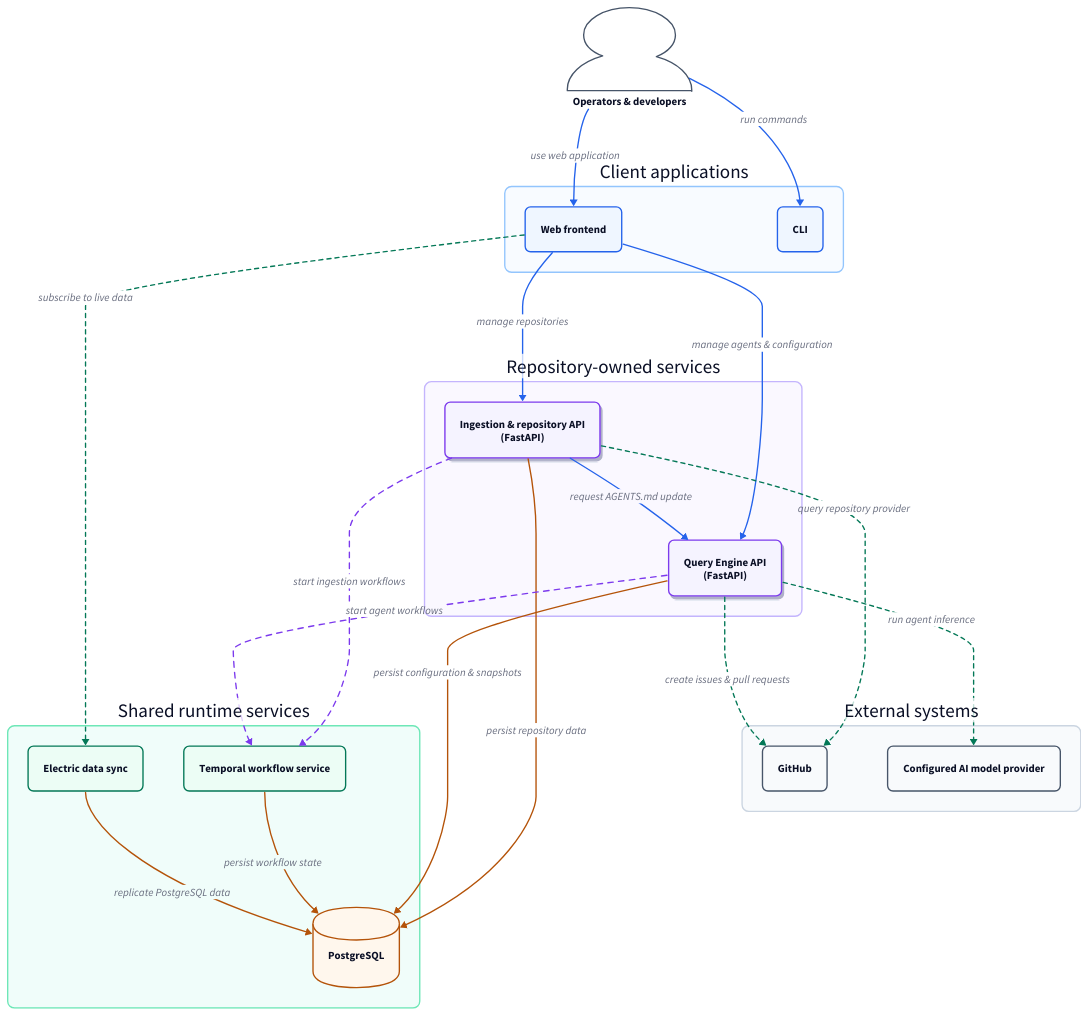
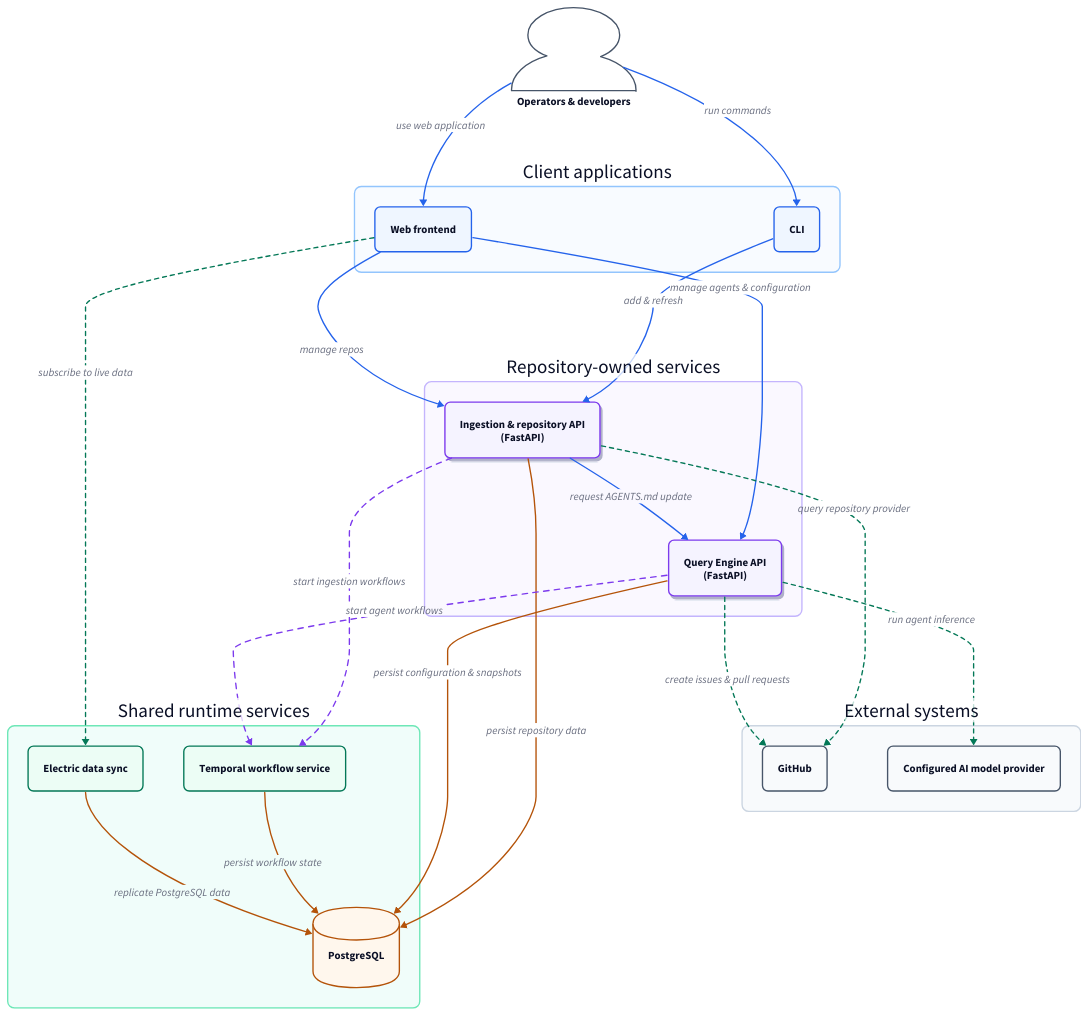
Before and after one commit to unoplat/unoplat-code-confluence: the diagram in architecture.d2, drawn with D2. The commit also changed 14 other files, not shown here.

```diff
--- a/architecture.d2
+++ b/architecture.d2
@@ -1,147 +1,148 @@
 # Container view: how operators use Code Confluence services to ingest repositories
 # and run repository agents. Shared libraries and documentation are omitted because
 # the available evidence does not establish them as independent runtime containers.
 direction: down
 
 classes: {
   client: {
     style: {
       fill: "#EFF6FF"
       stroke: "#2563EB"
       stroke-width: 2
       border-radius: 8
     }
   }
   service: {
     style: {
       fill: "#F5F3FF"
       stroke: "#7C3AED"
       stroke-width: 2
       border-radius: 8
       shadow: true
     }
   }
   datastore: {
     shape: cylinder
     style: {
       fill: "#FFF7ED"
       stroke: "#B45309"
       stroke-width: 2
     }
   }
   platform: {
     style: {
       fill: "#ECFDF5"
       stroke: "#047857"
       stroke-width: 2
       border-radius: 8
     }
   }
   external: {
     style: {
       fill: "#F8FAFC"
       stroke: "#475569"
       stroke-width: 2
       border-radius: 8
     }
   }
   request: {
     style: {
       stroke: "#2563EB"
       stroke-width: 2
     }
   }
   workflow: {
     style: {
       stroke: "#7C3AED"
       stroke-width: 2
       stroke-dash: 4
     }
   }
   data: {
     style: {
       stroke: "#B45309"
       stroke-width: 2
     }
   }
   integration: {
     style: {
       stroke: "#047857"
       stroke-width: 2
       stroke-dash: 3
     }
   }
 }
 
 operators: Operators & developers {
   shape: person
   style: {
     fill: "#FFFFFF"
     stroke: "#475569"
     stroke-width: 2
   }
 }
 
 clients: Client applications {
   style: {
     fill: "#F8FBFF"
     stroke: "#93C5FD"
     stroke-width: 2
     border-radius: 10
   }
   web_frontend: Web frontend {class: client}
   cli: CLI {class: client}
 }
 
 services: Repository-owned services {
   style: {
     fill: "#FAF8FF"
     stroke: "#C4B5FD"
     stroke-width: 2
     border-radius: 10
   }
   flow_bridge: Ingestion & repository API\n(FastAPI) {class: service}
   query_engine: Query Engine API\n(FastAPI) {class: service}
 }
 
 platform: Shared runtime services {
   style: {
     fill: "#F0FDFA"
     stroke: "#6EE7B7"
     stroke-width: 2
     border-radius: 10
   }
   temporal: Temporal workflow service {class: platform}
   postgres: PostgreSQL {class: datastore}
   electric: Electric data sync {class: platform}
 }
 
 external_systems: External systems {
   style: {
     fill: "#F8FAFC"
     stroke: "#CBD5E1"
     stroke-width: 2
     border-radius: 10
   }
   github: GitHub {class: external}
   model_provider: Configured AI model provider {class: external}
 }
 
 operators -> clients.web_frontend: use web application {class: request}
 operators -> clients.cli: run commands {class: request}
-clients.web_frontend -> services.flow_bridge: manage repositories {class: request}
+clients.cli -> services.flow_bridge: add & refresh {class: request}
+clients.web_frontend -> services.flow_bridge: manage repos {class: request}
 clients.web_frontend -> services.query_engine: manage agents & configuration {class: request}
 clients.web_frontend -> platform.electric: subscribe to live data {class: integration}
 
 services.flow_bridge -> services.query_engine: request AGENTS.md update {class: request}
 services.flow_bridge -> platform.temporal: start ingestion workflows {class: workflow}
 services.flow_bridge -> platform.postgres: persist repository data {class: data}
 services.flow_bridge -> external_systems.github: query repository provider {class: integration}
 
 services.query_engine -> platform.temporal: start agent workflows {class: workflow}
 services.query_engine -> platform.postgres: persist configuration & snapshots {class: data}
 services.query_engine -> external_systems.github: create issues & pull requests {class: integration}
 services.query_engine -> external_systems.model_provider: run agent inference {class: integration}
 
 platform.temporal -> platform.postgres: persist workflow state {class: data}
 platform.electric -> platform.postgres: replicate PostgreSQL data {class: data}
```
